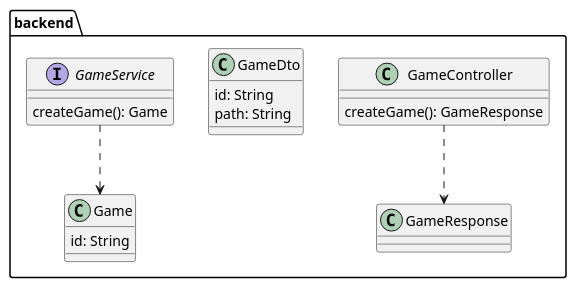
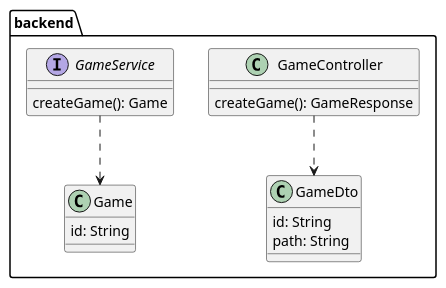
One commit to patrickwinti/worldwidewalter changed the diagram in docs/diagrams/class_diagramm.plantuml. Above: the diagram before and after it, drawn with PlantUML.

Commit message:
[WWW-20] missed response renaming

```diff
--- a/docs/diagrams/class_diagramm.plantuml
+++ b/docs/diagrams/class_diagramm.plantuml
@@ -1,21 +1,21 @@
 @startuml
 package backend{
     class GameController{
       createGame(): GameResponse
     }
     class GameDto{
         id: String
         path: String
     }
     class Game{
         id: String
     }
     interface GameService{
         createGame(): Game
     }
 
 
-    GameController ..> GameResponse
+    GameController ..> GameDto
     GameService ..> Game
 }
 @enduml
```
